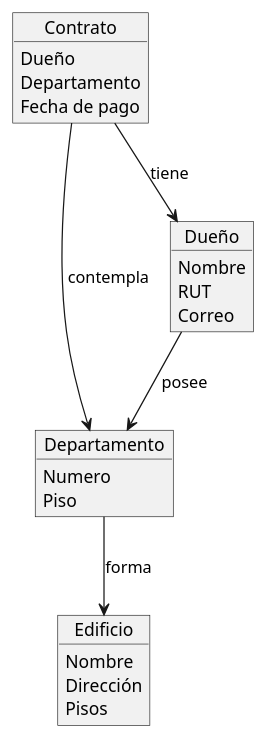
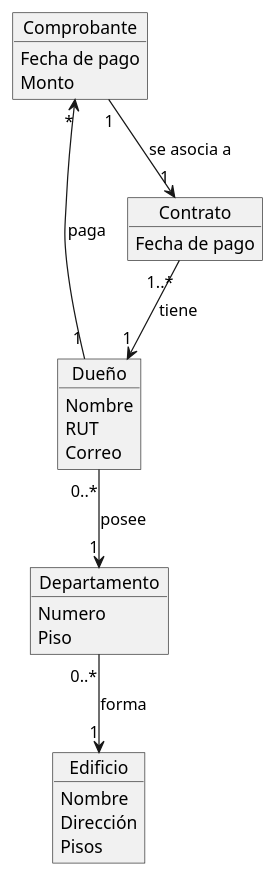
The diagram in dominio.puml (Jose64141/conserjeria-AS), drawn with PlantUML before and after one commit. The commit also changed 4 other files, not shown here.

```diff
--- a/dominio.puml
+++ b/dominio.puml
@@ -1,28 +1,31 @@
 @startuml
 'https://plantuml.com/object-diagram
 
 object Edificio{
     Nombre
     Dirección
     Pisos
 }
 object Departamento{
     Numero
     Piso
 }
 object Dueño{
     Nombre
     RUT
     Correo
 }
 object Contrato{
-    Dueño
-    Departamento
     Fecha de pago
 }
+object Comprobante{
+    Fecha de pago
+    Monto
+}
 
-Contrato --> Dueño : tiene
-Contrato --> Departamento : contempla
-Dueño --> Departamento : posee
-Departamento --> Edificio : forma
+Comprobante "1" --> "1" Contrato : se asocia a
+Comprobante "*" <-- "1" Dueño : paga
+Contrato "1..*" --> "1" Dueño : tiene
+Dueño "0..*" --> "1" Departamento : posee
+Departamento "0..*" --> "1" Edificio : forma
 @enduml
```
